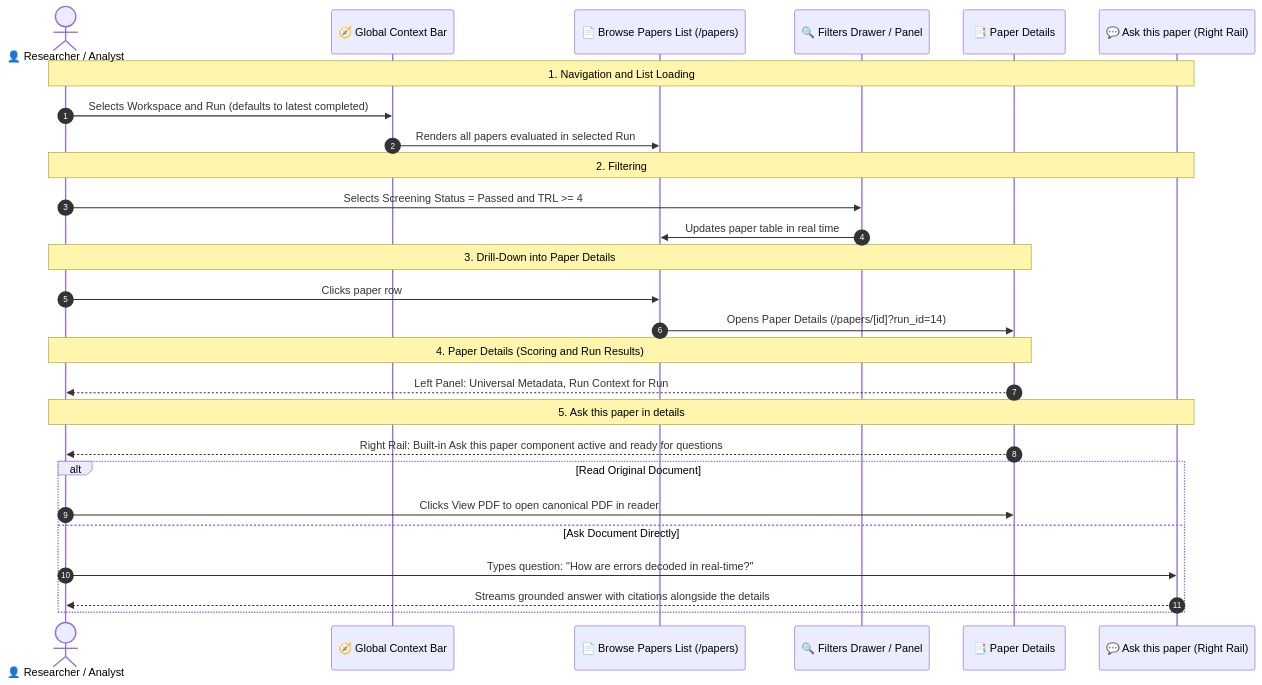
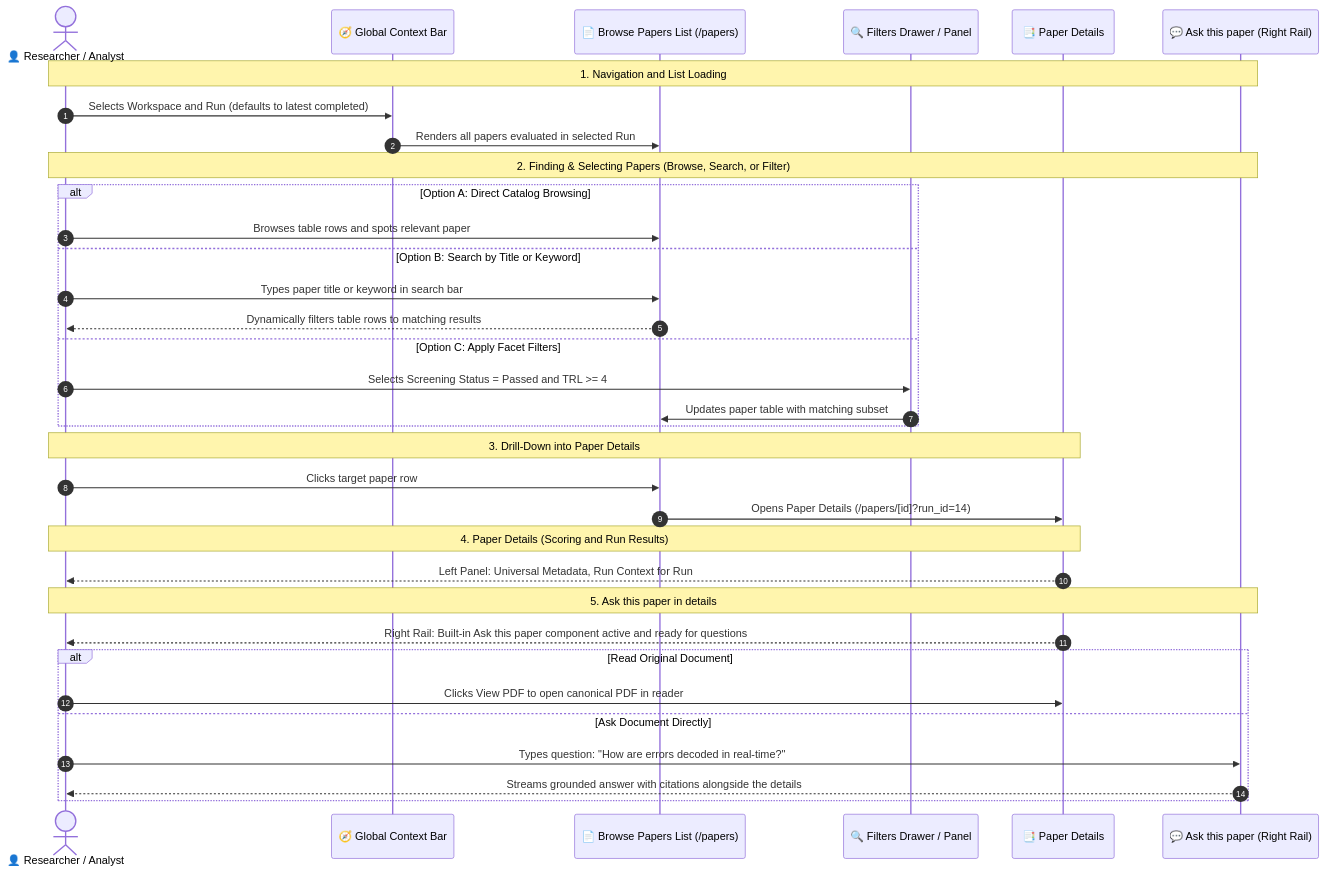
The second of 6 diagrams in docs/user_journeys/stage_2_user_journeys.md (p4ku/research-intelligence), drawn with Mermaid before and after one commit. The commit also changed other lines of this file, not shown here.

Commit message:
docs: enrich browse papers sequence with search/filter/browse options and remove technical deep-dive section

````diff
--- a/docs/user_journeys/stage_2_user_journeys.md
+++ b/docs/user_journeys/stage_2_user_journeys.md
@@ -139,34 +139,41 @@
 ```mermaid
 sequenceDiagram
     autonumber
     actor User as 👤 Researcher / Analyst
     participant TopBar as 🧭 Global Context Bar
     participant PapersList as 📄 Browse Papers List (/papers)
     participant Filters as 🔍 Filters Drawer / Panel
     participant DetailsPage as 📑 Paper Details
     participant PaperChat as 💬 Ask this paper (Right Rail)
 
     Note over User,PaperChat: 1. Navigation and List Loading
     User->>TopBar: Selects Workspace and Run (defaults to latest completed)
     TopBar->>PapersList: Renders all papers evaluated in selected Run
 
-    Note over User,PaperChat: 2. Filtering
-    User->>Filters: Selects Screening Status = Passed and TRL >= 4
-    Filters->>PapersList: Updates paper table in real time
+    Note over User,PaperChat: 2. Finding & Selecting Papers (Browse, Search, or Filter)
+    alt Option A: Direct Catalog Browsing
+        User->>PapersList: Browses table rows and spots relevant paper
+    else Option B: Search by Title or Keyword
+        User->>PapersList: Types paper title or keyword in search bar
+        PapersList-->>User: Dynamically filters table rows to matching results
+    else Option C: Apply Facet Filters
+        User->>Filters: Selects Screening Status = Passed and TRL >= 4
+        Filters->>PapersList: Updates paper table with matching subset
+    end
 
     Note over User,DetailsPage: 3. Drill-Down into Paper Details
-    User->>PapersList: Clicks paper row
+    User->>PapersList: Clicks target paper row
     PapersList->>DetailsPage: Opens Paper Details (/papers/[id]?run_id=14)
 
     Note over User,DetailsPage: 4. Paper Details (Scoring and Run Results)
     DetailsPage-->>User: Left Panel: Universal Metadata, Run Context for Run #14 (Signal: 91.4, Reasons, Extractions)
 
     Note over User,PaperChat: 5. Ask this paper in details
     DetailsPage-->>User: Right Rail: Built-in Ask this paper component active and ready for questions
     alt Read Original Document
         User->>DetailsPage: Clicks View PDF to open canonical PDF in reader
     else Ask Document Directly
         User->>PaperChat: Types question: "How are errors decoded in real-time?"
         PaperChat-->>User: Streams grounded answer with citations alongside the details
     end
 ```
````
